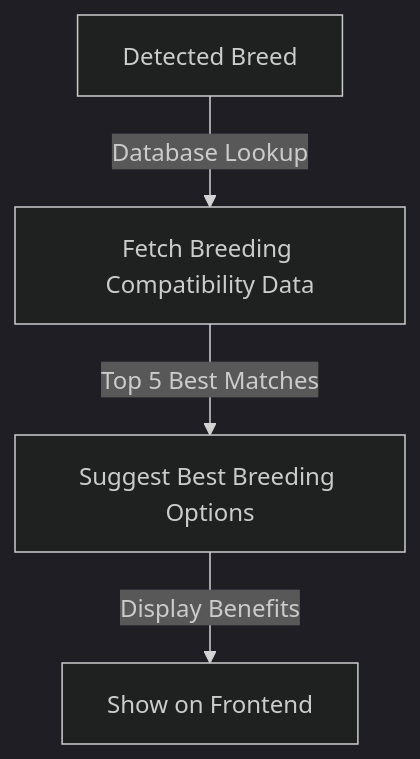
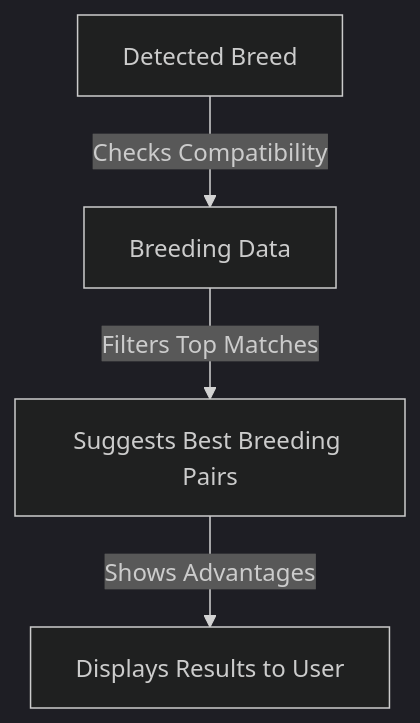
The third of 5 diagrams in README.md (Maheshh-S/AquaBov), drawn with Mermaid (dark theme) before and after one commit. The commit also changed other lines of this file, not shown here.

````diff
--- a/README.md
+++ b/README.md
@@ -53,6 +53,6 @@
 ```mermaid
 graph TD;
-    B[Detected Breed] -->|Database Lookup| D[Fetch Breeding Compatibility Data]
-    D -->|Top 5 Best Matches| S[Suggest Best Breeding Options]
-    S -->|Display Benefits| O[Show on Frontend]
+    B[Detected Breed] -->|Checks Compatibility| D[Breeding Data]
+    D -->|Filters Top Matches| S[Suggests Best Breeding Pairs]
+    S -->|Shows Advantages| O[Displays Results to User]
 ```
````
